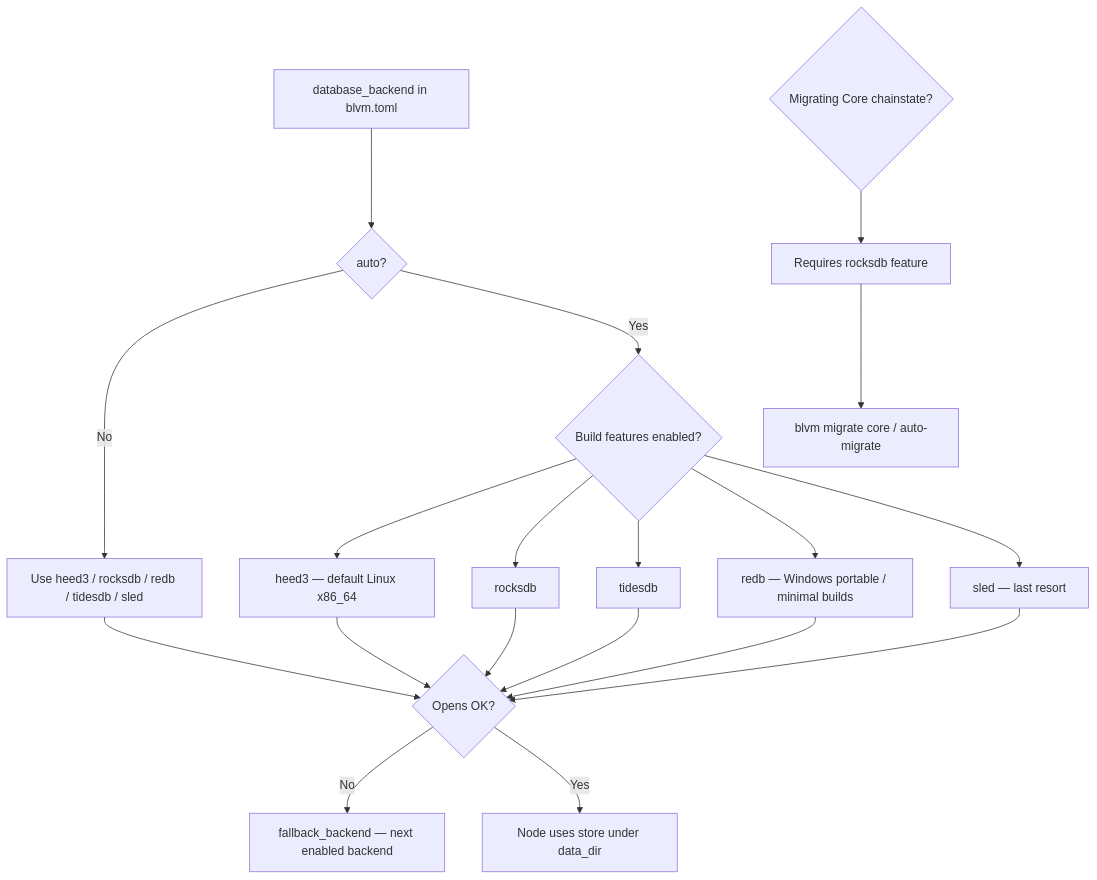
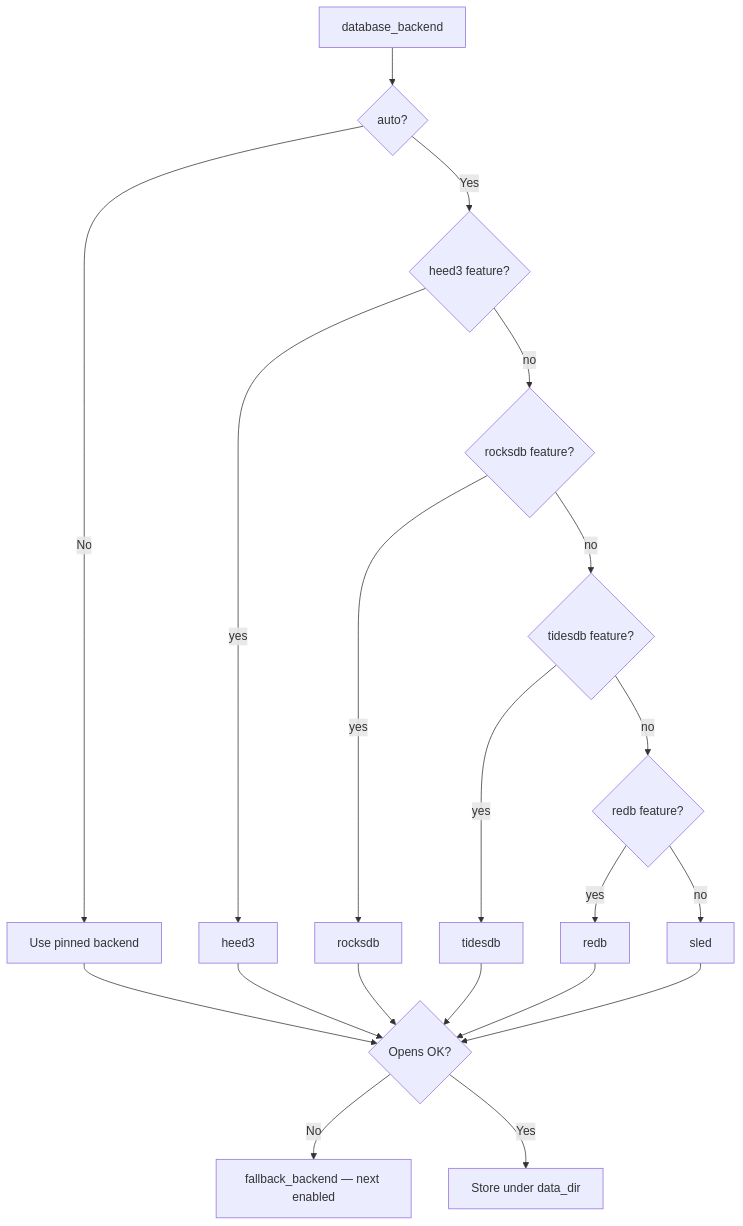
One commit to BTCDecoded/blvm-docs changed the diagram in src/node/storage-backends.md. Above: the diagram before and after it, drawn with Mermaid. The commit also changed other lines of this file and 3 other files, not shown here.

First line of the commit message:
docs: fix storage auto diagram and local mermaid rendering

````diff
--- a/src/node/storage-backends.md
+++ b/src/node/storage-backends.md
@@ -80,21 +80,22 @@
 ```mermaid
 flowchart TD
-  START[database_backend in blvm.toml] --> AUTO{auto?}
-  AUTO -->|No| EXPLICIT[Use heed3 / rocksdb / redb / tidesdb / sled]
-  AUTO -->|Yes| FEAT{Build features enabled?}
-  FEAT --> H[heed3 — default Linux x86_64]
-  FEAT --> R[rocksdb]
-  FEAT --> T[tidesdb]
-  FEAT --> RD[redb — Windows portable / minimal builds]
-  FEAT --> S[sled — last resort]
-  H --> OPEN{Opens OK?}
+  START[database_backend] --> AUTO{auto?}
+  AUTO -->|No| PIN[Use pinned backend]
+  AUTO -->|Yes| P1{heed3 feature?}
+  P1 -->|yes| H[heed3]
+  P1 -->|no| P2{rocksdb feature?}
+  P2 -->|yes| R[rocksdb]
+  P2 -->|no| P3{tidesdb feature?}
+  P3 -->|yes| T[tidesdb]
+  P3 -->|no| P4{redb feature?}
+  P4 -->|yes| RD[redb]
+  P4 -->|no| S[sled]
+  PIN --> OPEN{Opens OK?}
+  H --> OPEN
   R --> OPEN
   T --> OPEN
   RD --> OPEN
   S --> OPEN
-  EXPLICIT --> OPEN
-  OPEN -->|No| FB[fallback_backend — next enabled backend]
-  OPEN -->|Yes| RUN[Node uses store under data_dir]
-  CORE{Migrating Core chainstate?} --> NEED[Requires rocksdb feature]
-  NEED --> MIG[blvm migrate core / auto-migrate]
+  OPEN -->|No| FB[fallback_backend — next enabled]
+  OPEN -->|Yes| RUN[Store under data_dir]
 ```
````
